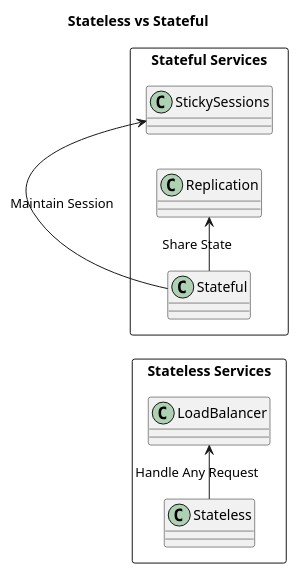
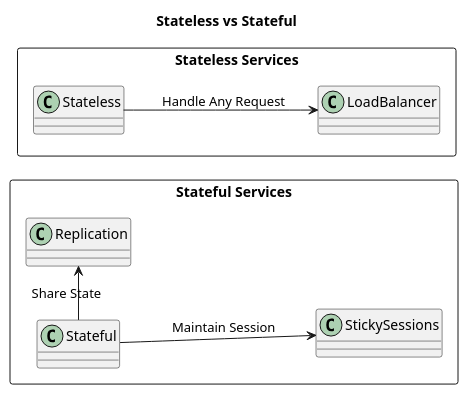
One commit to madajaju/CS8395 changed the second of 4 diagrams in doc/Week05/scaling-strategies/README.marp.adoc. Above: the diagram before and after it, drawn with PlantUML. The commit also changed other lines of this file and 20 other files, not shown here.

```diff
--- a/doc/Week05/scaling-strategies/README.marp.adoc
+++ b/doc/Week05/scaling-strategies/README.marp.adoc
@@ -67,14 +84,14 @@
-[plantuml]
+[plantuml, format=svg, width=100%]
 ....
 @startuml
   title Stateless vs Stateful
 left to right direction
   rectangle "Stateless Services" as Stateless {
-    Stateless -> LoadBalancer : Handle Any Request
+    Stateless --> LoadBalancer : Handle Any Request
   }
   rectangle "Stateful Services" as Stateful {
-    Stateful -> StickySessions : Maintain Session
+    Stateful --> StickySessions : Maintain Session
     Stateful -> Replication : Share State
   }
 @enduml
 ....
```
